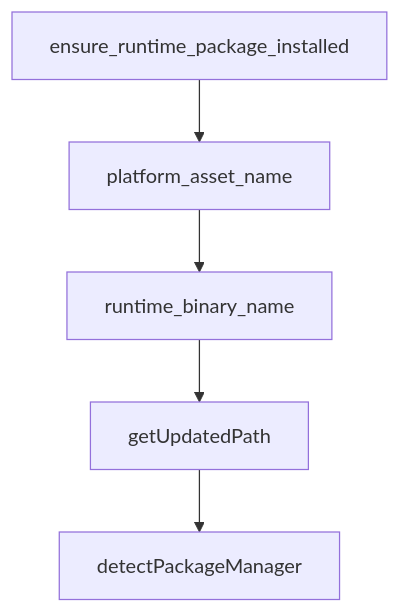
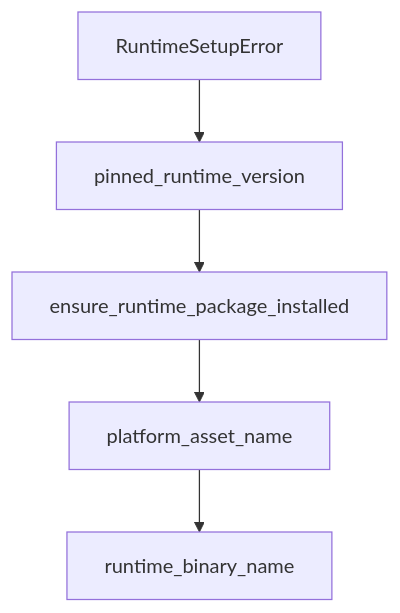
One commit to johnxie/awesome-code-docs changed the diagram in tutorials/codex-cli-tutorial/08-contribution-workflow-and-ecosystem-strategy.md. Above: the diagram before and after it, drawn with Mermaid. The commit also changed other lines of this file and 1232 other files, not shown here.

````diff
--- a/tutorials/codex-cli-tutorial/08-contribution-workflow-and-ecosystem-strategy.md
+++ b/tutorials/codex-cli-tutorial/08-contribution-workflow-and-ecosystem-strategy.md
@@ -212,12 +210,12 @@
 ```mermaid
 flowchart TD
-    A[ensure_runtime_package_installed]
-    B[platform_asset_name]
-    C[runtime_binary_name]
-    D[getUpdatedPath]
-    E[detectPackageManager]
+    A[RuntimeSetupError]
+    B[pinned_runtime_version]
+    C[ensure_runtime_package_installed]
+    D[platform_asset_name]
+    E[runtime_binary_name]
     A --> B
     B --> C
     C --> D
     D --> E
 ```
````
